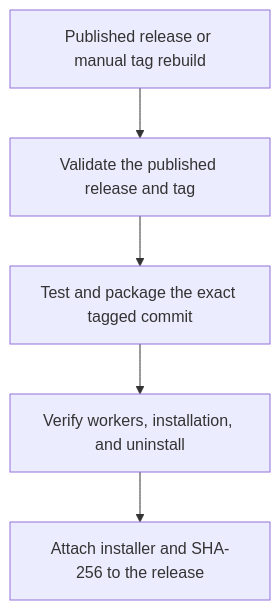
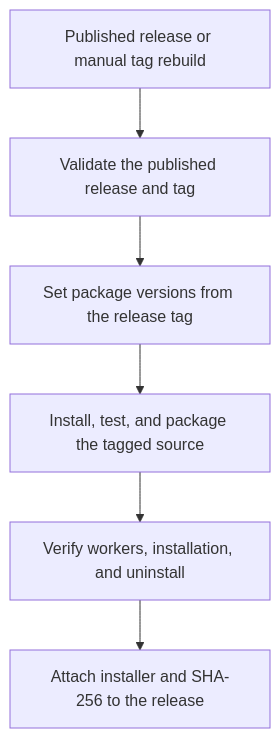
The diagram in docs/packaging.md (Dewmith/Narruvo), drawn with Mermaid before and after one commit. The commit also changed other lines of this file and 8 other files, not shown here.

````diff
--- a/docs/packaging.md
+++ b/docs/packaging.md
@@ -71,9 +75,10 @@
 ```{mermaid}
 flowchart TB
     Release["Published release or manual tag rebuild"]
     Tag["Validate the published release and tag"]
-    Build["Test and package the exact tagged commit"]
+    Version["Set package versions from the release tag"]
+    Build["Install, test, and package the tagged source"]
     Verify["Verify workers, installation, and uninstall"]
     Assets["Attach installer and SHA-256 to the release"]
-    Release --> Tag --> Build --> Verify --> Assets
+    Release --> Tag --> Version --> Build --> Verify --> Assets
 ```
````
